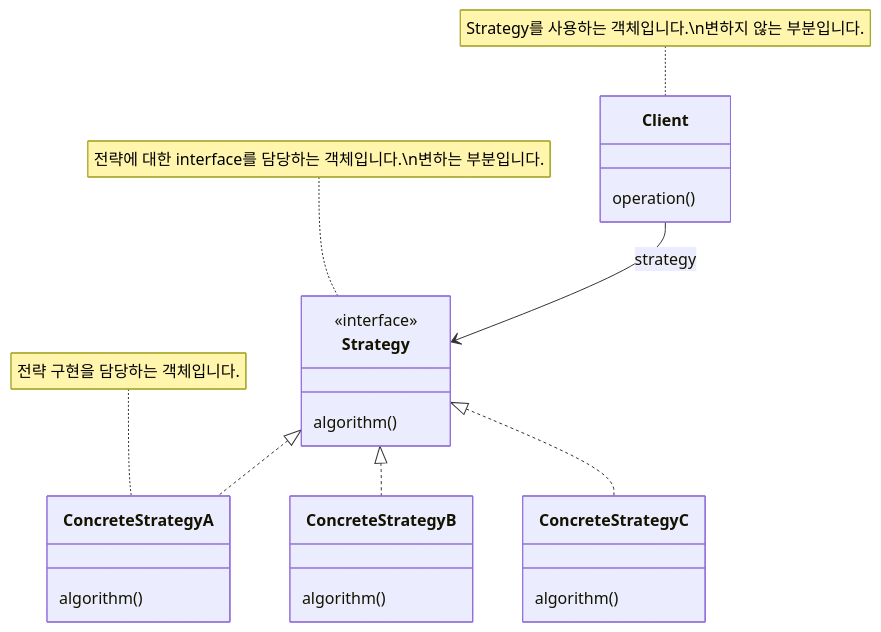
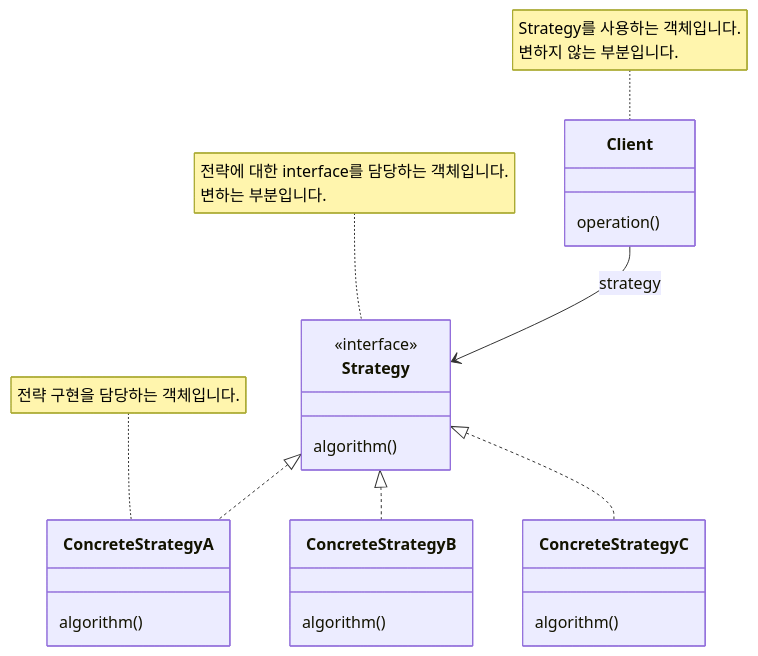
The first of 5 diagrams in collections/_skills/design-pattern/strategy-pattern.md (choesimin/choesimin.github.io), drawn with Mermaid before and after one commit. The commit also changed 9 other files, not shown here.

````diff
--- a/collections/_skills/design-pattern/strategy-pattern.md
+++ b/collections/_skills/design-pattern/strategy-pattern.md
@@ -74,31 +74,31 @@
 ```mermaid
 classDiagram
 
 class Client {
     operation()
 }
 
 class Strategy {
     <<interface>>
     algorithm()
 }
 
 class ConcreteStrategyA {
     algorithm()
 }
 class ConcreteStrategyB {
     algorithm()
 }
 class ConcreteStrategyC {
     algorithm()
 }
 
 Client --> Strategy : strategy
 Strategy <|.. ConcreteStrategyA
 Strategy <|.. ConcreteStrategyB
 Strategy <|.. ConcreteStrategyC
 
-note for Client "Strategy를 사용하는 객체입니다.\n변하지 않는 부분입니다."
-note for Strategy "전략에 대한 interface를 담당하는 객체입니다.\n변하는 부분입니다."
+note for Client "Strategy를 사용하는 객체입니다.<br>변하지 않는 부분입니다."
+note for Strategy "전략에 대한 interface를 담당하는 객체입니다.<br>변하는 부분입니다."
 note for ConcreteStrategyA "전략 구현을 담당하는 객체입니다."
 ```
````
